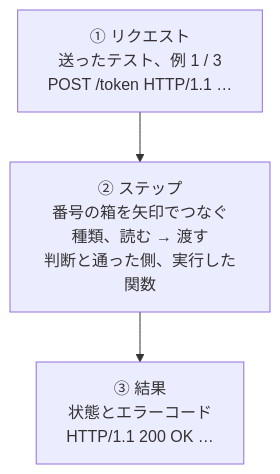
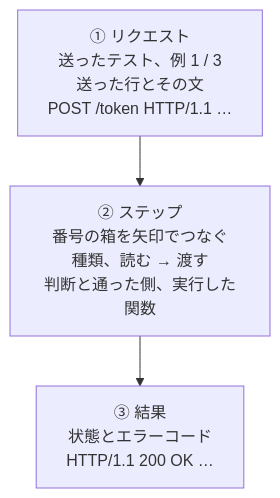
Diagram 25 of 43 in apps/tests/docs/06-viewer.md (maronnjapan/maronn-openid-connect), drawn with Mermaid before and after one commit. The commit also changed other lines of this file and 22 other files, not shown here.

````diff
--- a/apps/tests/docs/06-viewer.md
+++ b/apps/tests/docs/06-viewer.md
@@ -1898,7 +1900,7 @@
 ```mermaid
 flowchart TB
-  R["① リクエスト<br/>送ったテスト、例 1 / 3<br/>POST /token HTTP/1.1 …"]
+  R["① リクエスト<br/>送ったテスト、例 1 / 3<br/>送った行とその文<br/>POST /token HTTP/1.1 …"]
   S["② ステップ<br/>番号の箱を矢印でつなぐ<br/>種類、読む → 渡す<br/>判断と通った側、実行した関数"]
   E["③ 結果<br/>状態とエラーコード<br/>HTTP/1.1 200 OK …"]
   R --> S --> E
 ```
````
